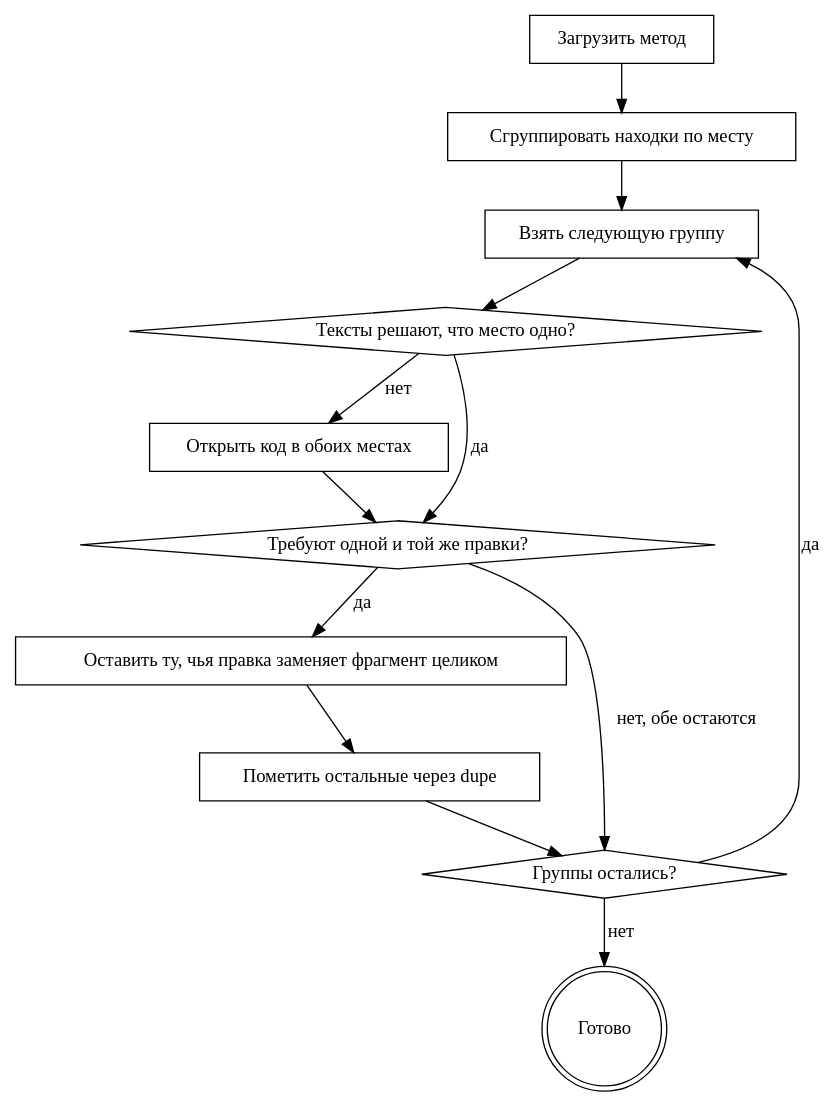
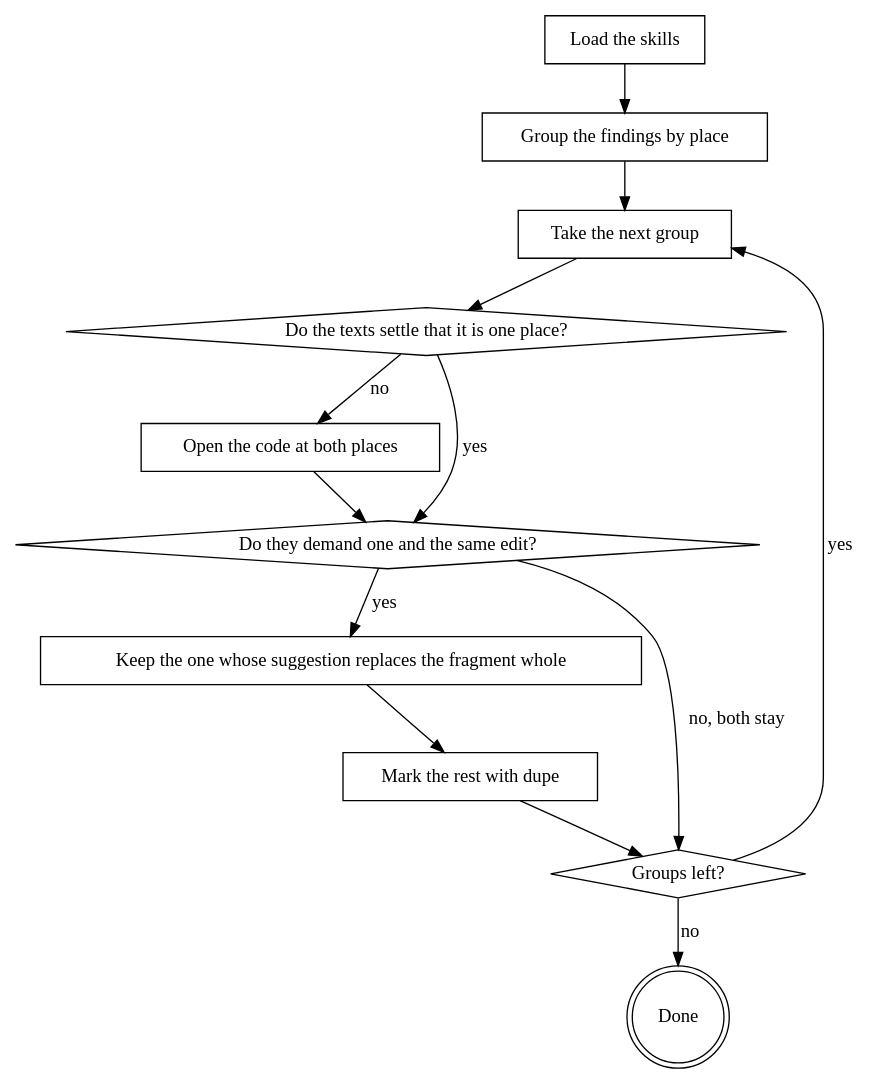
Before and after one commit to hakastein/llamer: the diagram in src/stages/templates/dedupe.md, drawn with Graphviz. The commit also changed other lines of this file and 44 other files, not shown here.

Commit message:
DEV-14751 Промпты этапов — тексты старого движка ai-review; tests и comments встроенные; prompt.protocol/plan в конфиге; пакет codex через developer_instructions

````diff
--- a/src/stages/templates/dedupe.md
+++ b/src/stages/templates/dedupe.md
@@ -56,26 +63,26 @@
 ```dot
 digraph dedupe {
-    "Загрузить метод" [shape=box];
-    "Сгруппировать находки по месту" [shape=box];
-    "Взять следующую группу" [shape=box];
-    "Тексты решают, что место одно?" [shape=diamond];
-    "Открыть код в обоих местах" [shape=box];
-    "Требуют одной и той же правки?" [shape=diamond];
-    "Оставить ту, чья правка заменяет фрагмент целиком" [shape=box];
-    "Пометить остальные через dupe" [shape=box];
-    "Группы остались?" [shape=diamond];
-    "Готово" [shape=doublecircle];
-    "Загрузить метод" -> "Сгруппировать находки по месту";
-    "Сгруппировать находки по месту" -> "Взять следующую группу";
-    "Взять следующую группу" -> "Тексты решают, что место одно?";
-    "Тексты решают, что место одно?" -> "Открыть код в обоих местах" [label="нет"];
-    "Тексты решают, что место одно?" -> "Требуют одной и той же правки?" [label="да"];
-    "Открыть код в обоих местах" -> "Требуют одной и той же правки?";
-    "Требуют одной и той же правки?" -> "Оставить ту, чья правка заменяет фрагмент целиком" [label="да"];
-    "Требуют одной и той же правки?" -> "Группы остались?" [label="нет, обе остаются"];
-    "Оставить ту, чья правка заменяет фрагмент целиком" -> "Пометить остальные через dupe";
-    "Пометить остальные через dupe" -> "Группы остались?";
-    "Группы остались?" -> "Взять следующую группу" [label="да"];
-    "Группы остались?" -> "Готово" [label="нет"];
+    "Load the skills" [shape=box];
+    "Group the findings by place" [shape=box];
+    "Take the next group" [shape=box];
+    "Do the texts settle that it is one place?" [shape=diamond];
+    "Open the code at both places" [shape=box];
+    "Do they demand one and the same edit?" [shape=diamond];
+    "Keep the one whose suggestion replaces the fragment whole" [shape=box];
+    "Mark the rest with dupe" [shape=box];
+    "Groups left?" [shape=diamond];
+    "Done" [shape=doublecircle];
+    "Load the skills" -> "Group the findings by place";
+    "Group the findings by place" -> "Take the next group";
+    "Take the next group" -> "Do the texts settle that it is one place?";
+    "Do the texts settle that it is one place?" -> "Open the code at both places" [label="no"];
+    "Do the texts settle that it is one place?" -> "Do they demand one and the same edit?" [label="yes"];
+    "Open the code at both places" -> "Do they demand one and the same edit?";
+    "Do they demand one and the same edit?" -> "Keep the one whose suggestion replaces the fragment whole" [label="yes"];
+    "Do they demand one and the same edit?" -> "Groups left?" [label="no, both stay"];
+    "Keep the one whose suggestion replaces the fragment whole" -> "Mark the rest with dupe";
+    "Mark the rest with dupe" -> "Groups left?";
+    "Groups left?" -> "Take the next group" [label="yes"];
+    "Groups left?" -> "Done" [label="no"];
 }
 ```
````
